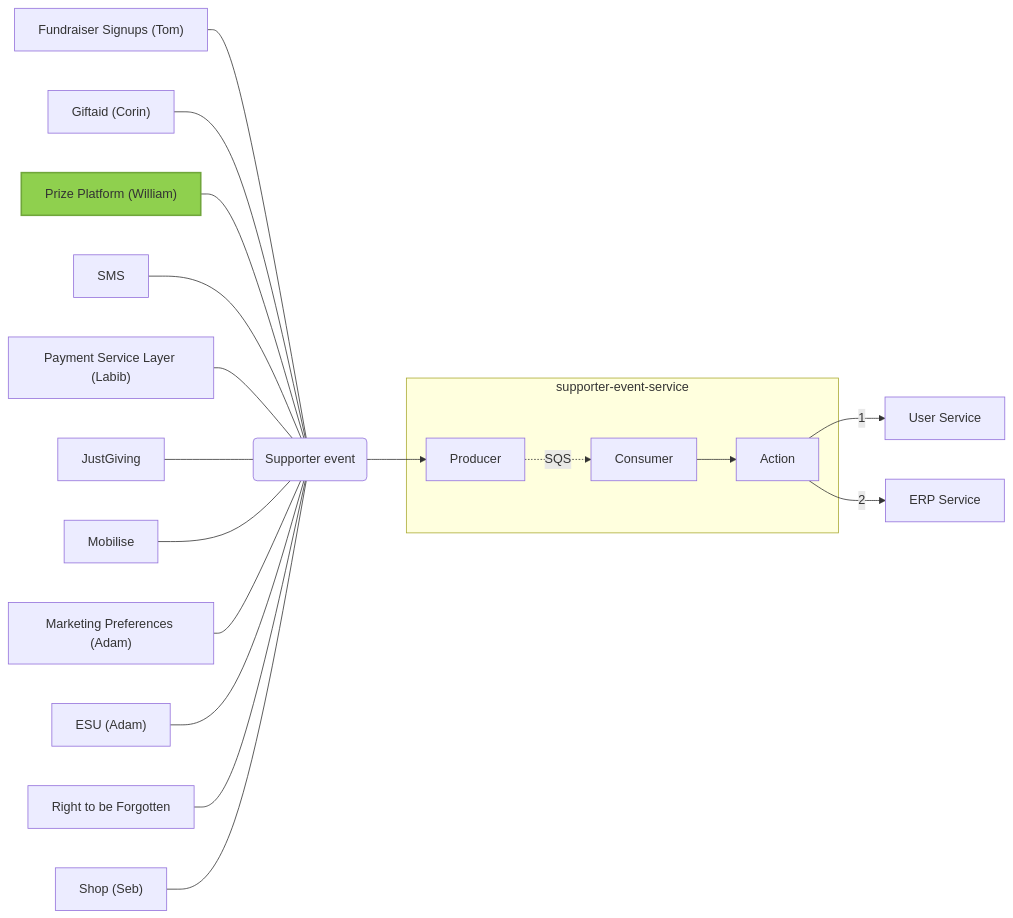
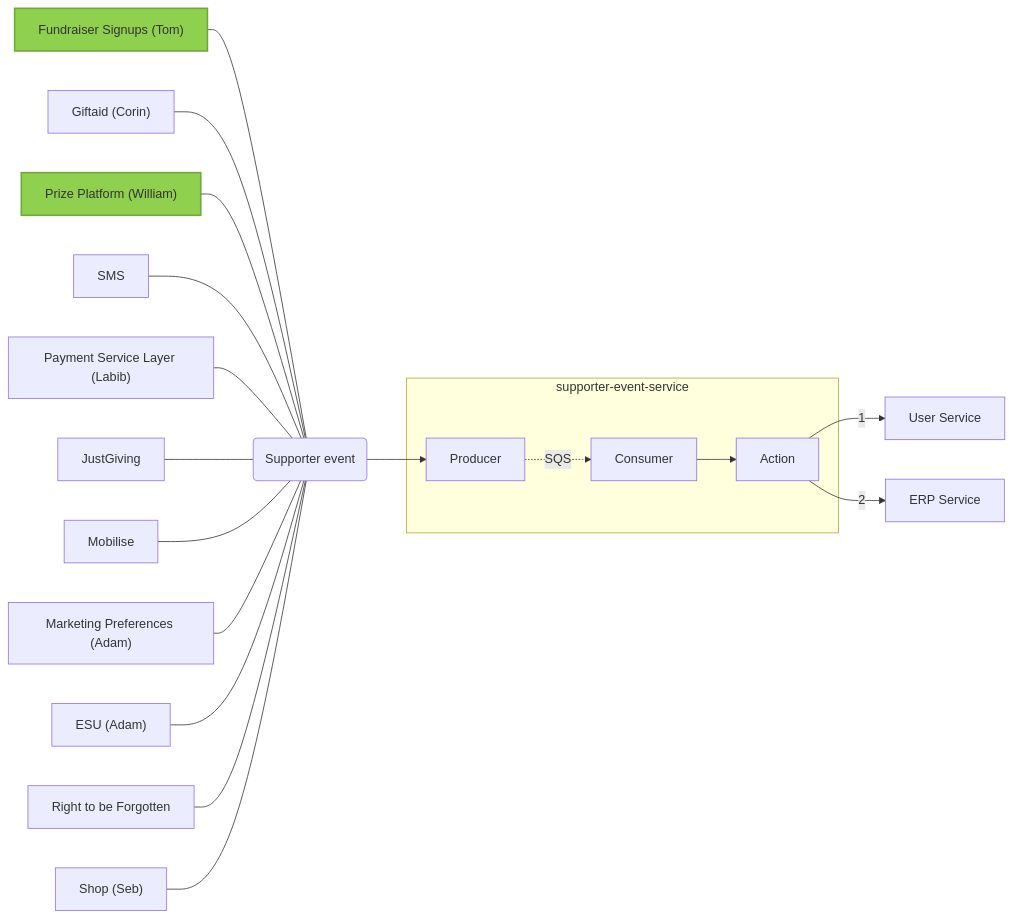
Before and after one commit to comicrelief/engineering-handbook: the diagram in docs/architecture.md, drawn with Mermaid.

Commit message:
Make service nodes clickable in supporter data flow

````diff
--- a/docs/architecture.md
+++ b/docs/architecture.md
@@ -8,27 +8,41 @@
 ```mermaid
 graph LR
   fundraiser-signups["Fundraiser Signups (Tom)"] --- event
   giftaid["Giftaid (Corin)"] --- event
   prize-platform["Prize Platform (William)"] --- event
   sms[SMS] --- event
   psl["Payment Service Layer (Labib)"] --- event
   justgiving[JustGiving] --- event
   mobilise[Mobilise] --- event
   marketing-prefs["Marketing Preferences (Adam)"] --- event
   esu["ESU (Adam)"] --- event
   rtbf[Right to be Forgotten] --- event
   shop["Shop (Seb)"] --- event
 
   event(Supporter event) --> producer
 
   subgraph supporter-event-service
     producer[Producer] -. SQS .-> consumer[Consumer]
     consumer --> action[Action]
   end
 
   action -- 1 --> user-service[User Service]
   action -- 2 --> erp-service[ERP Service]
 
   classDef green fill:#8fd04e,stroke:#70a63b,stroke-width:2px;
-  class fundrasing-signups,prize-platform green
+  class fundraiser-signups,prize-platform green
+
+  click fundraiser-signups "https://github.com/comicrelief/serverless-contact-store" "Click to go to Contact Store repo"
+  click giftaid "https://github.com/comicrelief/serverless-giftaid" "Click to go to Giftaid repo"
+  click prize-platform "https://github.com/comicrelief/serverless-prize-platform" "Click to go to Prize Platform repo"
+  click psl "https://github.com/comicrelief/serverless-payments" "Click to go to Payments repo"
+  click marketing-prefs "https://github.com/comicrelief/serverless-marketing-preferences" "Click to go to Marketing Preferences repo"
+
+  click event "https://github.com/comicrelief/supporter-event-service" "Click to go to Supporter Events Service repo"
+  click producer "https://github.com/comicrelief/supporter-event-service" "Click to go to Supporter Events Service repo"
+  click consumer "https://github.com/comicrelief/supporter-event-service" "Click to go to Supporter Events Service repo"
+  click action "https://github.com/comicrelief/supporter-event-service" "Click to go to Supporter Events Service repo"
+
+  click user-service "https://github.com/comicrelief/serverless-user-service" "Click to go to User Service repo"
+  click erp-service "https://github.com/comicrelief/serverless-erp-service" "Click to go to ERP Service repo"
 ```
````
